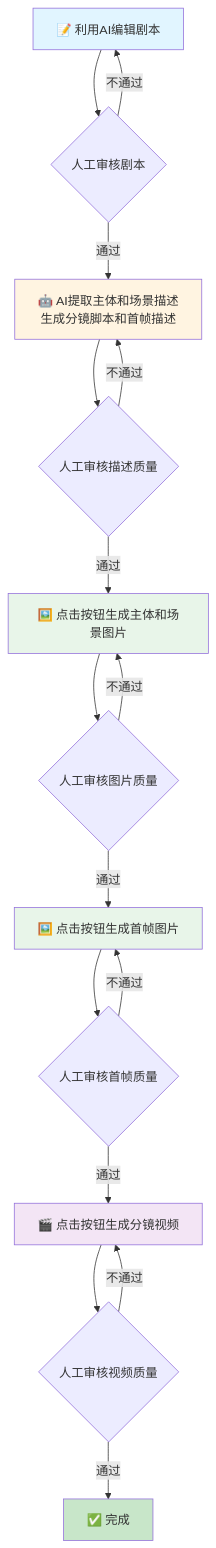
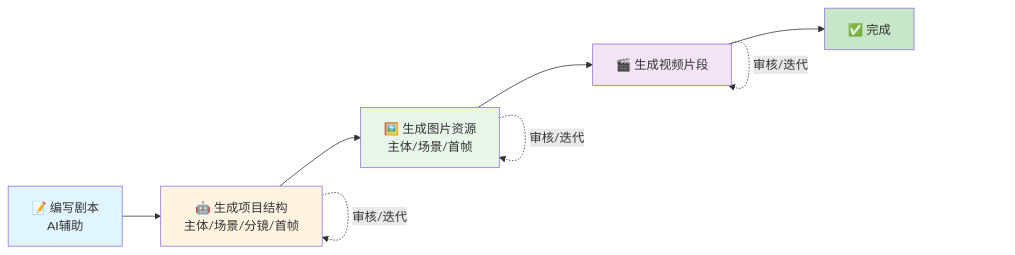
One commit to Cici2014/vibevideo changed the diagram in README.md. Above: the diagram before and after it, drawn with Mermaid. The commit also changed other lines of this file, not shown here.

Commit message:
更新 README: 添加开发计划、联系方式和服务支持说明，优化流程图

````diff
--- a/README.md
+++ b/README.md
@@ -36,25 +36,17 @@
 ```mermaid
-flowchart TD
-    A[📝 利用AI编辑剧本] --> B{人工审核剧本}
-    B -->|不通过| A
-    B -->|通过| C[🤖 AI提取主体和场景描述<br/>生成分镜脚本和首帧描述]
-    C --> D{人工审核描述质量}
-    D -->|不通过| C
-    D -->|通过| E[🖼️ 点击按钮生成主体和场景图片]
-    E --> F{人工审核图片质量}
-    F -->|不通过| E
-    F -->|通过| G[🖼️ 点击按钮生成首帧图片]
-    G --> H{人工审核首帧质量}
-    H -->|不通过| G
-    H -->|通过| I[🎬 点击按钮生成分镜视频]
-    I --> J{人工审核视频质量}
-    J -->|不通过| I
-    J -->|通过| K[✅ 完成]
+flowchart LR
+    A[📝 编写剧本<br/>AI辅助] --> B[🤖 生成项目结构<br/>主体/场景/分镜/首帧]
+    B --> C[🖼️ 生成图片资源<br/>主体/场景/首帧]
+    C --> D[🎬 生成视频片段]
+    D --> E[✅ 完成]
+    
+    B -.审核/迭代.-> B
+    C -.审核/迭代.-> C
+    D -.审核/迭代.-> D
     
     style A fill:#e1f5ff
-    style C fill:#fff4e1
-    style E fill:#e8f5e9
-    style G fill:#e8f5e9
-    style I fill:#f3e5f5
-    style K fill:#c8e6c9
+    style B fill:#fff4e1
+    style C fill:#e8f5e9
+    style D fill:#f3e5f5
+    style E fill:#c8e6c9
 ```
````
